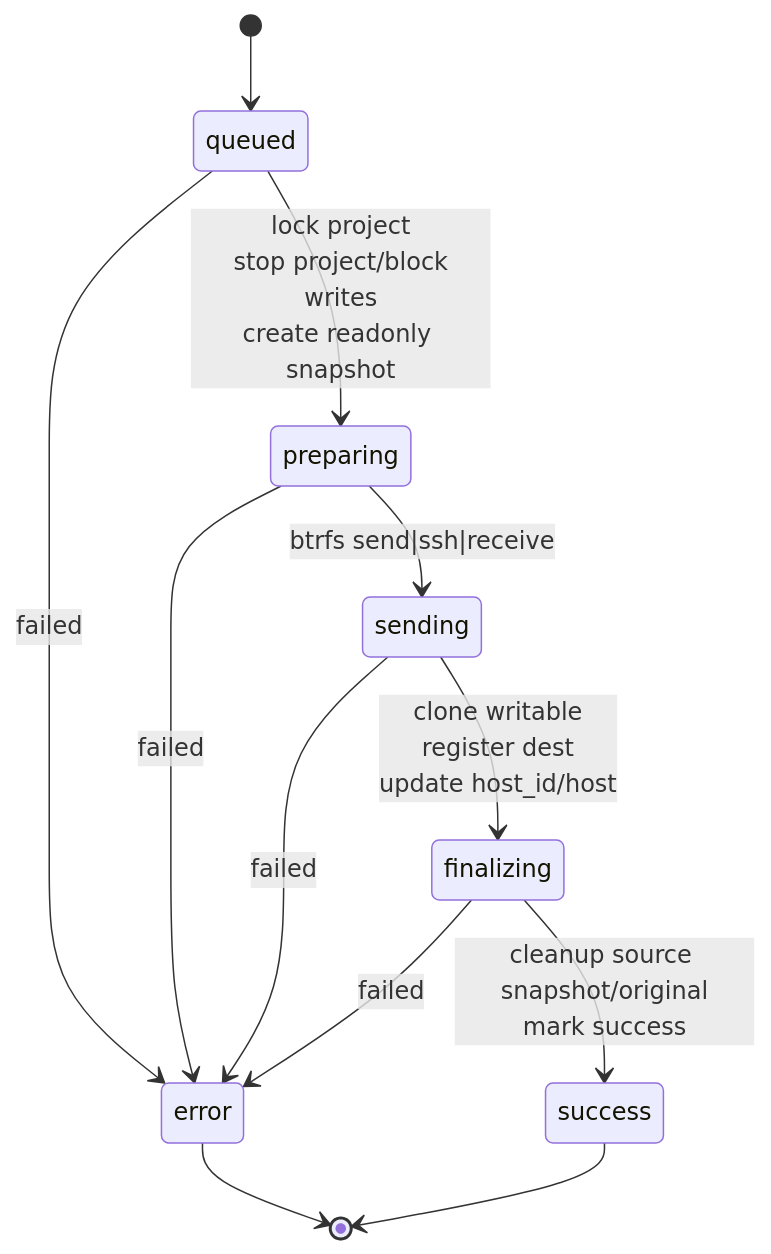
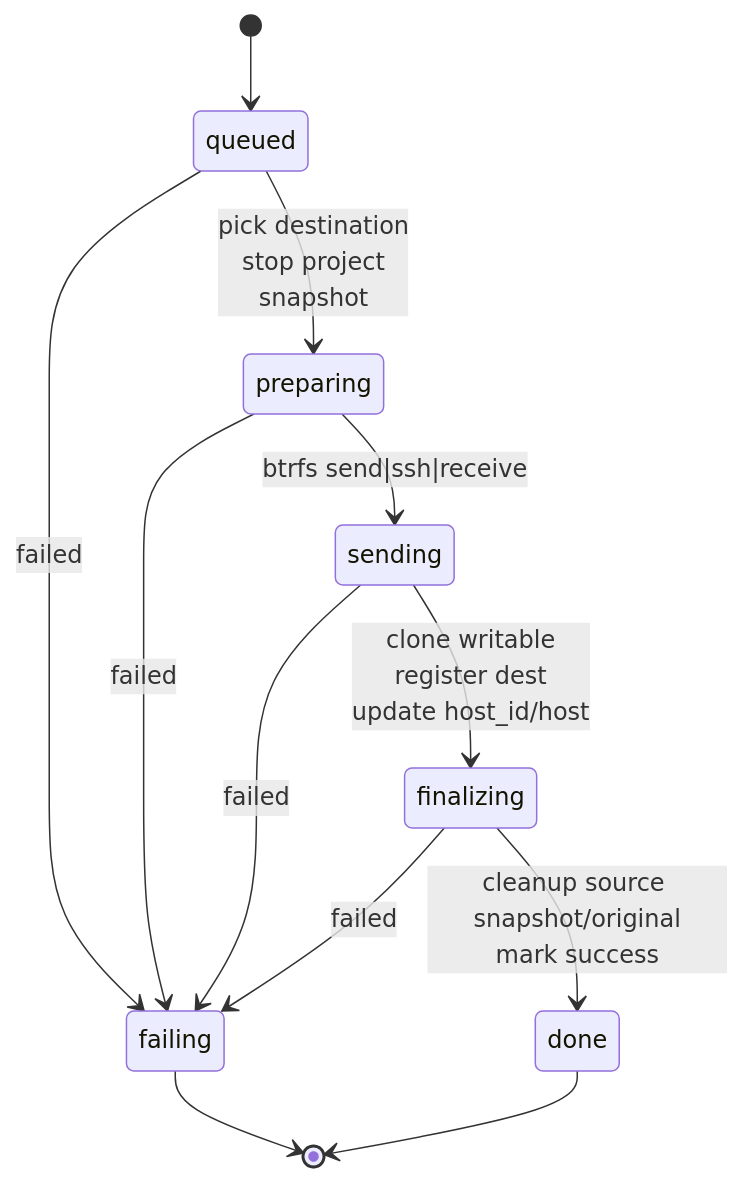
One commit to sagemathinc/cocalc changed the second of 2 diagrams in docs/project-move.md. Above: the diagram before and after it, drawn with Mermaid. The commit also changed other lines of this file and 6 other files, not shown here.

````diff
--- a/docs/project-move.md
+++ b/docs/project-move.md
@@ -32,14 +33,14 @@
 ```mermaid
 stateDiagram-v2
     [*] --> queued
-    queued --> preparing : lock project<br/> stop project/block writes<br/>create readonly snapshot
+    queued --> preparing : pick destination<br/>stop project<br/>snapshot
     preparing --> sending : btrfs send|ssh|receive
     sending --> finalizing : clone writable<br/>register dest<br/>update host_id/host
-    finalizing --> success : cleanup source snapshot/original<br/>mark success
-    queued --> error : failed
-    preparing --> error : failed
-    sending --> error : failed
-    finalizing --> error : failed
-    error --> [*]
-    success --> [*]
+    finalizing --> done : cleanup source snapshot/original<br/>mark success
+    queued --> failing : failed
+    preparing --> failing : failed
+    sending --> failing : failed
+    finalizing --> failing : failed
+    failing --> [*]
+    done --> [*]
 ```
````
